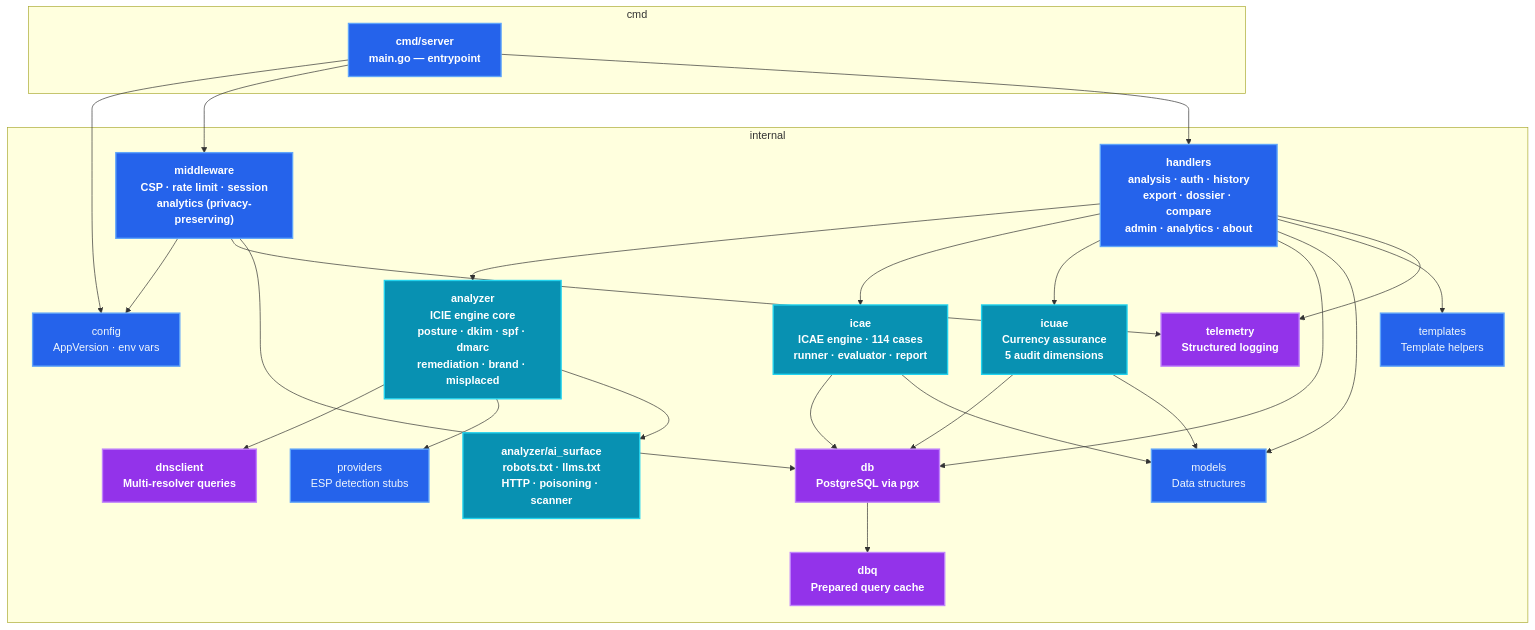
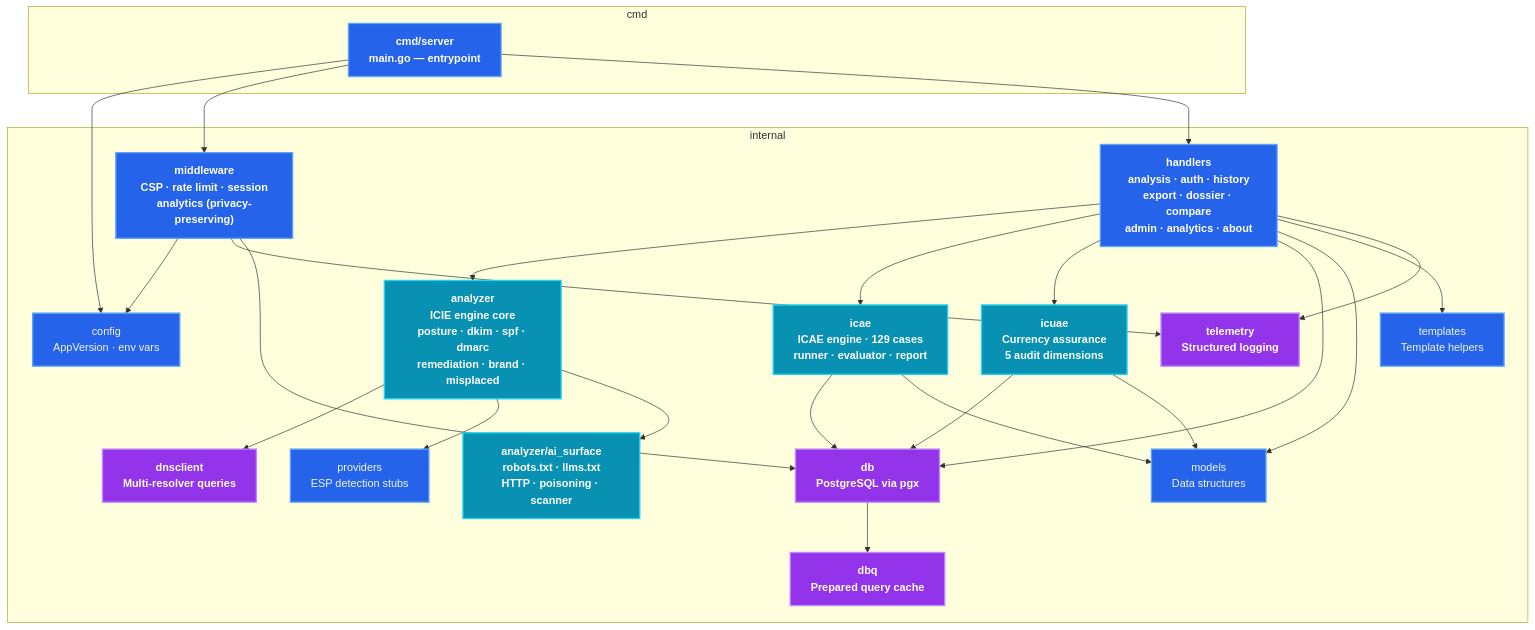
The eighth of 11 diagrams in docs/architecture/SYSTEM_ARCHITECTURE.md (IT-Help-San-Diego/dns-tool-web), drawn with Mermaid before and after one commit. The commit also changed 4 other files, not shown here.

````diff
--- a/docs/architecture/SYSTEM_ARCHITECTURE.md
+++ b/docs/architecture/SYSTEM_ARCHITECTURE.md
@@ -469,41 +469,41 @@
 ```mermaid
 graph TB
     subgraph "cmd"
         Server["cmd/server<br/>main.go — entrypoint"]
     end
 
     subgraph "internal"
         Config["config<br/>AppVersion · env vars"]
         Middleware["middleware<br/>CSP · rate limit · session<br/>analytics (privacy-preserving)"]
         Handlers["handlers<br/>analysis · auth · history<br/>export · dossier · compare<br/>admin · analytics · about"]
         Analyzer["analyzer<br/>ICIE engine core<br/>posture · dkim · spf · dmarc<br/>remediation · brand · misplaced"]
         AISurface["analyzer/ai_surface<br/>robots.txt · llms.txt<br/>HTTP · poisoning · scanner"]
-        ICAE2["icae<br/>ICAE engine · 114 cases<br/>runner · evaluator · report"]
+        ICAE2["icae<br/>ICAE engine · 129 cases<br/>runner · evaluator · report"]
         ICuAE2["icuae<br/>Currency assurance<br/>5 audit dimensions"]
         DNSClient2["dnsclient<br/>Multi-resolver queries"]
         DB2["db<br/>PostgreSQL via pgx"]
         DBQ["dbq<br/>Prepared query cache"]
         Models["models<br/>Data structures"]
         Providers["providers<br/>ESP detection stubs"]
         Telemetry["telemetry<br/>Structured logging"]
         Templates3["templates<br/>Template helpers"]
     end
 
     Server --> Config & Middleware & Handlers
     Handlers --> Analyzer & ICAE2 & ICuAE2 & DB2 & Models & Templates3
     Analyzer --> DNSClient2 & Providers & AISurface
     ICAE2 --> DB2 & Models
     ICuAE2 --> DB2 & Models
     Handlers --> Telemetry
     DB2 --> DBQ
     Middleware --> Config & Telemetry & DB2
 
     classDef default fill:#2563eb,stroke:#60a5fa,stroke-width:2px,color:#f0f6fc
     classDef core fill:#2563eb,stroke:#60a5fa,stroke-width:2px,color:#fff,font-weight:bold
     classDef engine fill:#0891b2,stroke:#22d3ee,stroke-width:2px,color:#fff,font-weight:bold
     classDef infra fill:#9333ea,stroke:#c084fc,stroke-width:2px,color:#fff,font-weight:bold
     class Analyzer,AISurface,ICAE2,ICuAE2 engine
     class Server,Handlers,Middleware core
     class DB2,DBQ,DNSClient2,Telemetry infra
     class Config,Models,Providers,Templates3 default
 ```
````
